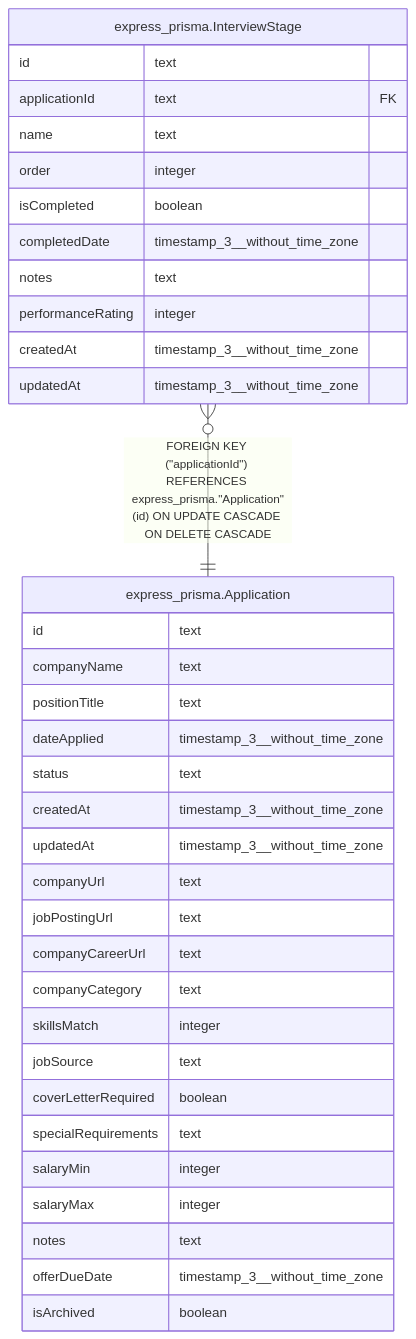
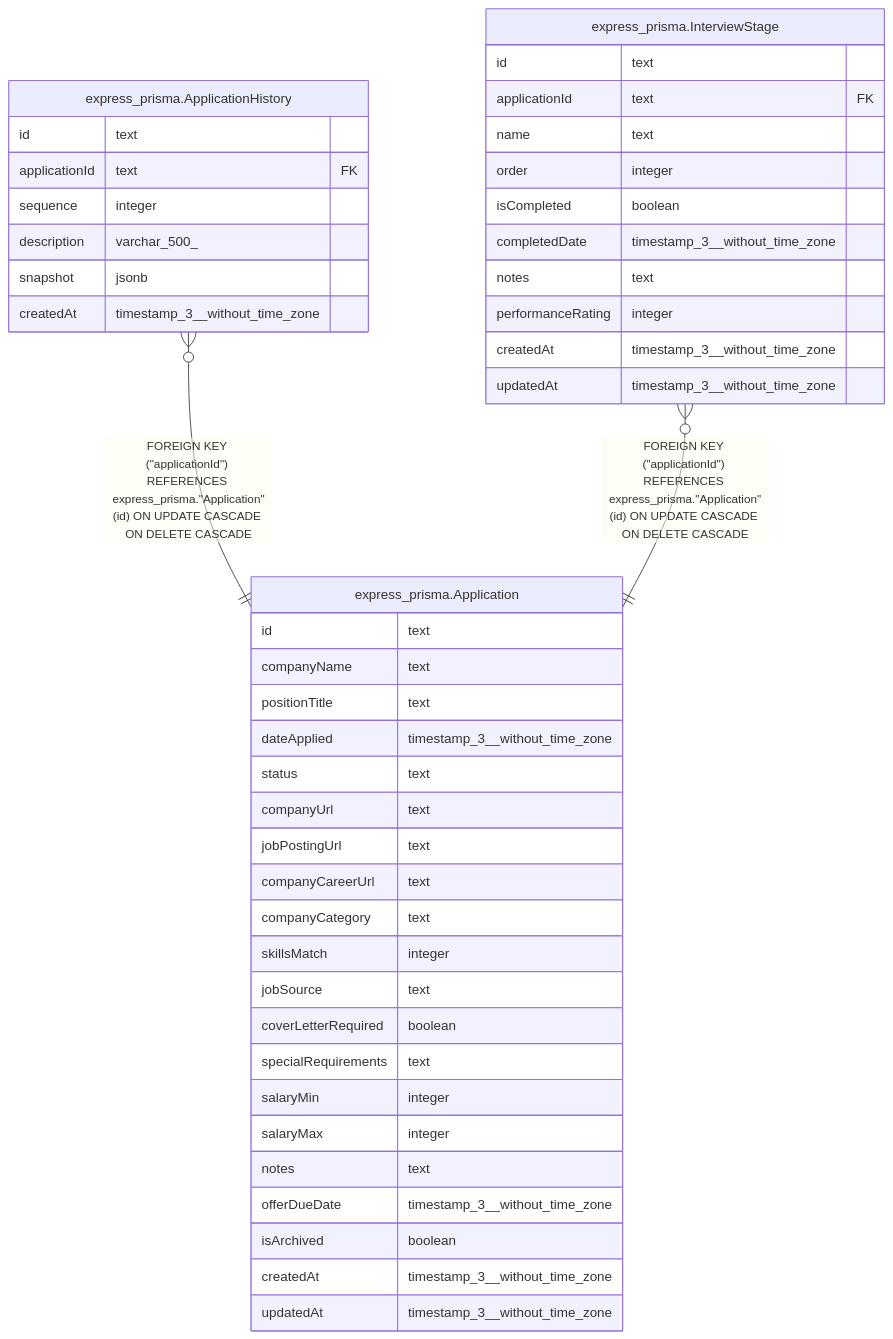
Before and after one commit to WhatIfWeDigDeeper/application-tracker: the diagram in docs/schema/express-prisma/express_prisma.Application.md, drawn with Mermaid. The commit also changed other lines of this file and 104 other files, not shown here.

````diff
--- a/docs/schema/express-prisma/express_prisma.Application.md
+++ b/docs/schema/express-prisma/express_prisma.Application.md
@@ -53,40 +53,49 @@
 ```mermaid
 erDiagram
 
+"express_prisma.ApplicationHistory" }o--|| "express_prisma.Application" : "FOREIGN KEY (#quot;applicationId#quot;) REFERENCES express_prisma.#quot;Application#quot;(id) ON UPDATE CASCADE ON DELETE CASCADE"
 "express_prisma.InterviewStage" }o--|| "express_prisma.Application" : "FOREIGN KEY (#quot;applicationId#quot;) REFERENCES express_prisma.#quot;Application#quot;(id) ON UPDATE CASCADE ON DELETE CASCADE"
 
 "express_prisma.Application" {
   id text
   companyName text
   positionTitle text
   dateApplied timestamp_3__without_time_zone
   status text
-  createdAt timestamp_3__without_time_zone
-  updatedAt timestamp_3__without_time_zone
   companyUrl text
   jobPostingUrl text
   companyCareerUrl text
   companyCategory text
   skillsMatch integer
   jobSource text
   coverLetterRequired boolean
   specialRequirements text
   salaryMin integer
   salaryMax integer
   notes text
   offerDueDate timestamp_3__without_time_zone
   isArchived boolean
+  createdAt timestamp_3__without_time_zone
+  updatedAt timestamp_3__without_time_zone
+}
+"express_prisma.ApplicationHistory" {
+  id text
+  applicationId text FK
+  sequence integer
+  description varchar_500_
+  snapshot jsonb
+  createdAt timestamp_3__without_time_zone
 }
 "express_prisma.InterviewStage" {
   id text
   applicationId text FK
   name text
   order integer
   isCompleted boolean
   completedDate timestamp_3__without_time_zone
   notes text
   performanceRating integer
   createdAt timestamp_3__without_time_zone
   updatedAt timestamp_3__without_time_zone
 }
 ```
````
